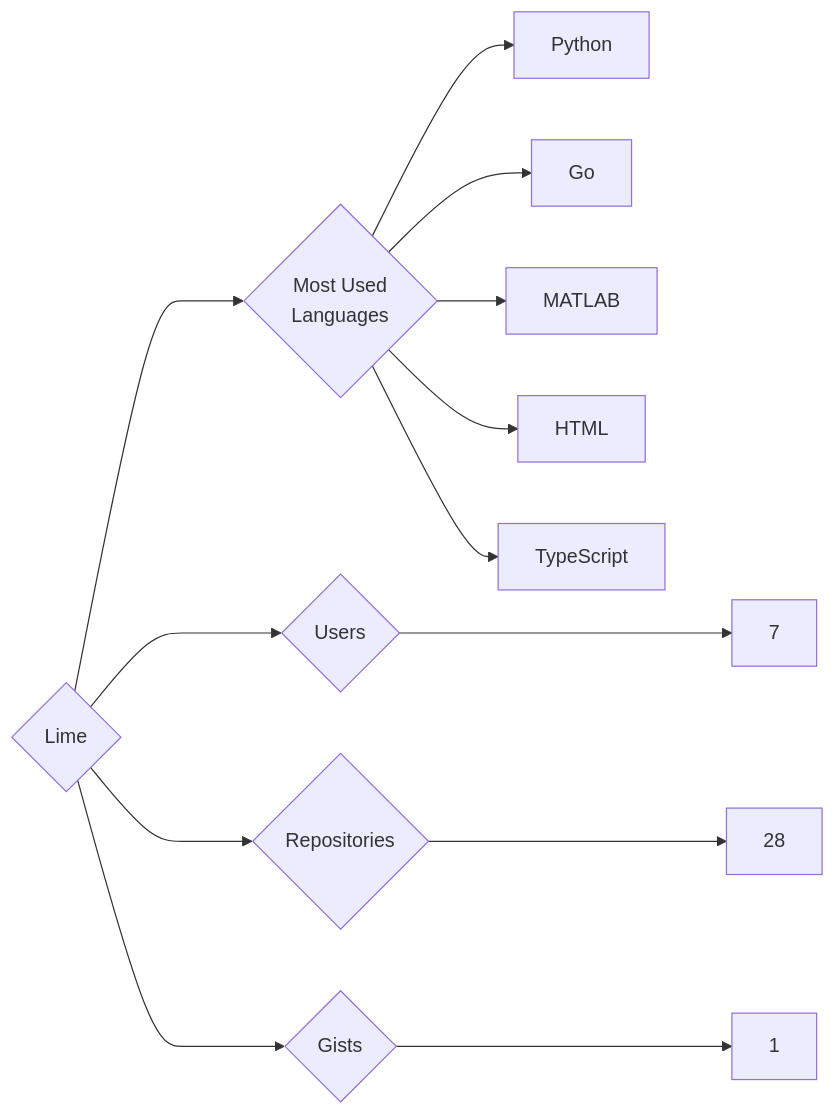
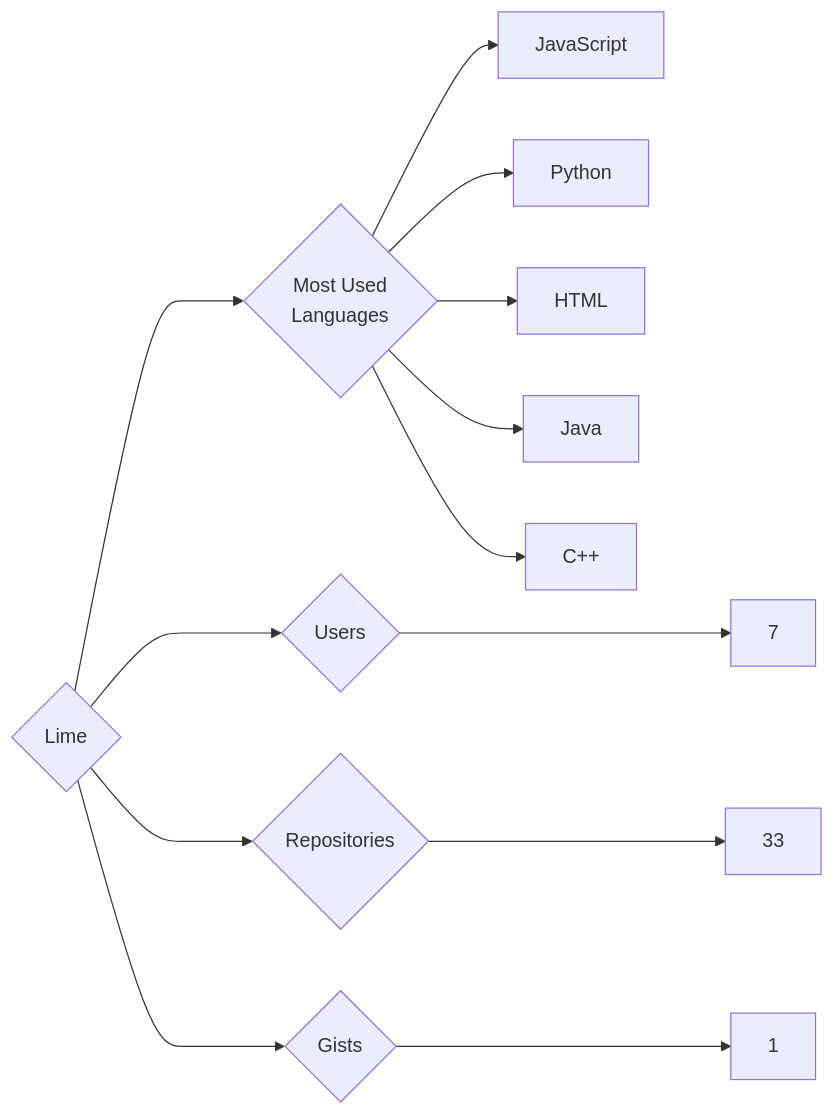
The diagram in targets/Lime/README.md (trickest/insiders), drawn with Mermaid before and after one commit. The commit also changed 1696 other files, not shown here.

````diff
--- a/targets/Lime/README.md
+++ b/targets/Lime/README.md
@@ -3,13 +3,13 @@
 ```mermaid
 graph LR
 COMPANY_NAME{Lime}
 COMPANY_NAME ---> U{Users} ---> UN[7]
-COMPANY_NAME ---> R{Repositories} ---> RN[28]
+COMPANY_NAME ---> R{Repositories} ---> RN[33]
 COMPANY_NAME ---> G{Gists} ---> GN[1]
 COMPANY_NAME ---> ML{Most Used<br>Languages}
+ML --> JavaScript[JavaScript]
 ML --> Python[Python]
-ML --> Go[Go]
-ML --> MATLAB[MATLAB]
 ML --> HTML[HTML]
-ML --> TypeScript[TypeScript]
+ML --> Java[Java]
+ML --> C++[C++]
 ```
````
